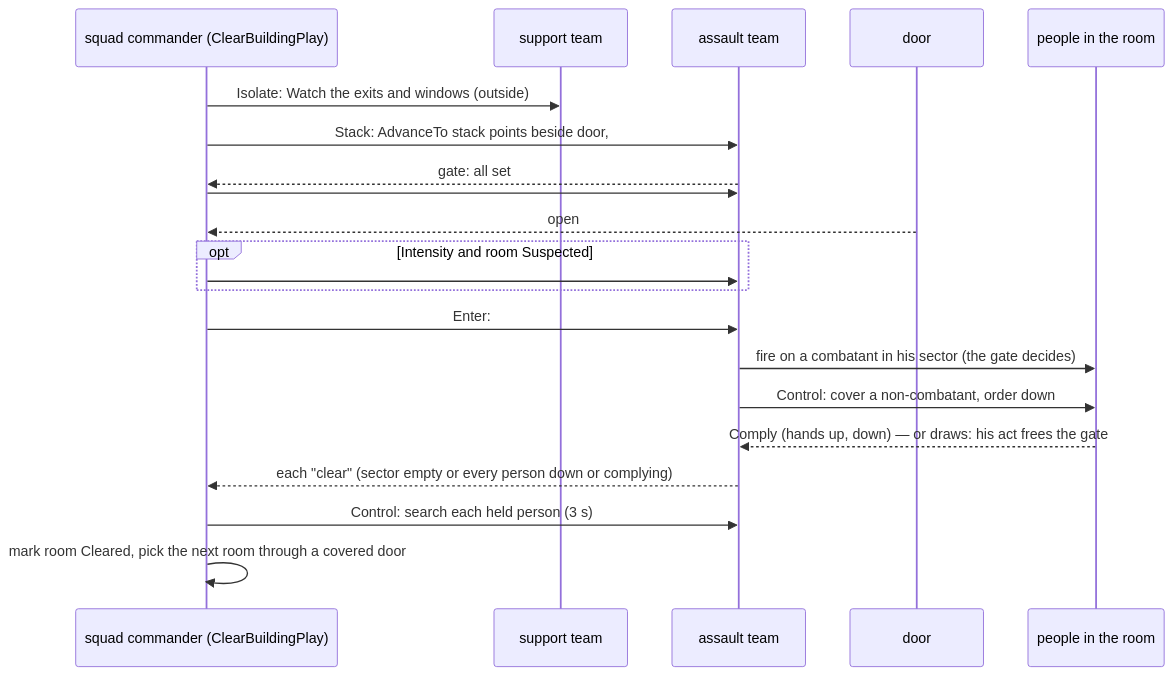
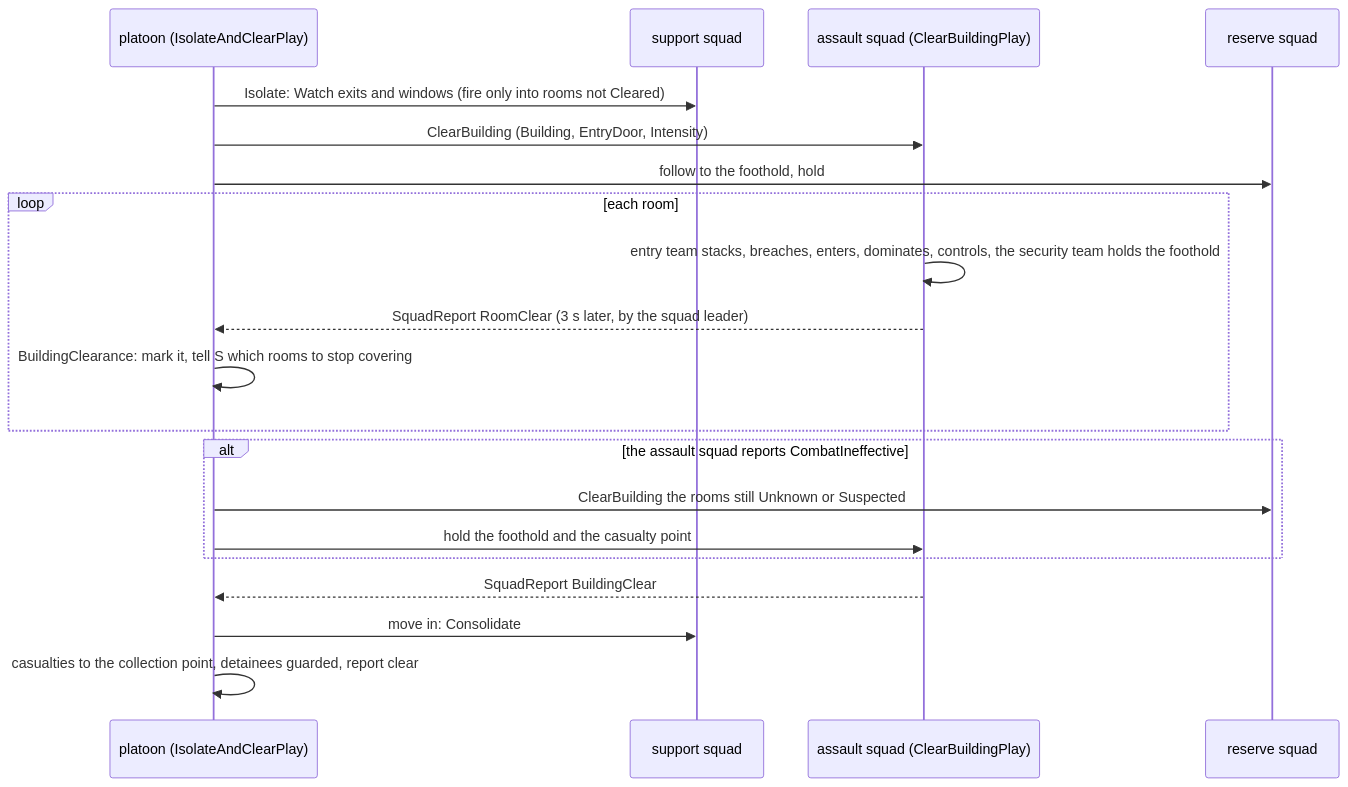
The second of 4 diagrams in docs/designs/group-maneuvers/DESIGN_Building_Clearing.md (pjanec/HROT), drawn with Mermaid before and after one commit. The commit also changed other lines of this file and 3 other files, not shown here.

First line of the commit message:
docs(behaviors): building clearing approved — platoon frame, networked reports (R-2030, R-2031)

````diff
--- a/docs/designs/group-maneuvers/DESIGN_Building_Clearing.md
+++ b/docs/designs/group-maneuvers/DESIGN_Building_Clearing.md
@@ -102,23 +128,22 @@
 ```mermaid
 sequenceDiagram
-  participant C as squad commander (ClearBuildingPlay)
-  participant S as support team
-  participant A as assault team #1-#4
-  participant D as door
-  participant P as people in the room
-  C->>S: Isolate: Watch the exits and windows (outside)
-  C->>A: Stack: AdvanceTo stack points beside door, #1 nearest
-  A-->>C: gate: all set
-  C->>A: #1 (breacher) OperateDoor Open (Breach if locked)
-  D-->>C: open
-  opt Intensity and room Suspected
-    C->>A: #2 FireAtPoint stun (precision) / frag (high intensity) into the room
+  participant P as platoon (IsolateAndClearPlay)
+  participant S as support squad
+  participant A as assault squad (ClearBuildingPlay)
+  participant R as reserve squad
+  P->>S: Isolate: Watch exits and windows (fire only into rooms not Cleared)
+  P->>A: ClearBuilding (Building, EntryDoor, Intensity)
+  P->>R: follow to the foothold, hold
+  loop each room
+    A->>A: entry team stacks, breaches, enters, dominates, controls, the security team holds the foothold
+    A-->>P: SquadReport RoomClear (3 s later, by the squad leader)
+    P->>P: BuildingClearance: mark it, tell S which rooms to stop covering
   end
-  C->>A: Enter: #1, #2, #3, #4 to their points of domination, each with his sector
-  A->>P: fire on a combatant in his sector (the gate decides)
-  A->>P: Control: cover a non-combatant, order down
-  P-->>A: Comply (hands up, down) — or draws: his act frees the gate
-  A-->>C: each "clear" (sector empty or every person down or complying)
-  C->>A: Control: search each held person (3 s)
-  C->>C: mark room Cleared, pick the next room through a covered door
+  alt the assault squad reports CombatIneffective
+    P->>R: ClearBuilding the rooms still Unknown or Suspected
+    P->>A: hold the foothold and the casualty point
+  end
+  A-->>P: SquadReport BuildingClear
+  P->>S: move in: Consolidate
+  P->>P: casualties to the collection point, detainees guarded, report clear
 ```
````
